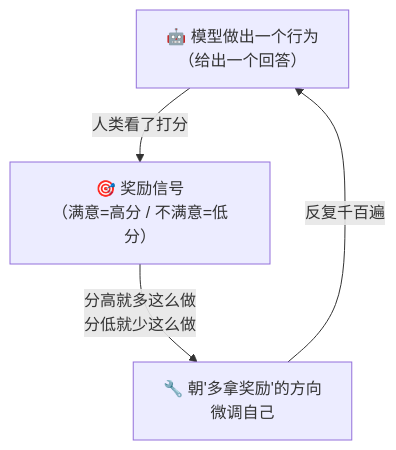
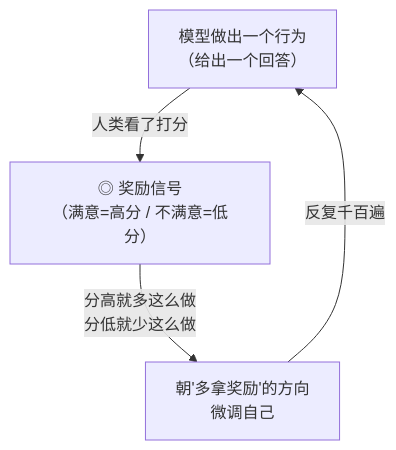
Before and after one commit to luckykhy/KhyAiHub: the second of 5 diagrams in docs/02_CONCEPTS_概念入门/CONCEPT/[CONCEPT-26] 什么是强化学习-RLHF.md, drawn with Mermaid. The commit also changed other lines of this file and 19 other files, not shown here.

````diff
--- a/docs/02_CONCEPTS_概念入门/CONCEPT/[CONCEPT-26] 什么是强化学习-RLHF.md
+++ b/docs/02_CONCEPTS_概念入门/CONCEPT/[CONCEPT-26] 什么是强化学习-RLHF.md
@@ -71,6 +71,6 @@
 ```mermaid
 flowchart TB
-  ACT["🤖 模型做出一个行为<br/>（给出一个回答）"] -->|"人类看了打分"| REWARD["🎯 奖励信号<br/>（满意=高分 / 不满意=低分）"]
-  REWARD -->|"分高就多这么做<br/>分低就少这么做"| ADJUST["🔧 朝'多拿奖励'的方向<br/>微调自己"]
+  ACT["模型做出一个行为<br/>（给出一个回答）"] -->|"人类看了打分"| REWARD["◎ 奖励信号<br/>（满意=高分 / 不满意=低分）"]
+  REWARD -->|"分高就多这么做<br/>分低就少这么做"| ADJUST["朝'多拿奖励'的方向<br/>微调自己"]
   ADJUST -->|"反复千百遍"| ACT
 ```
````
